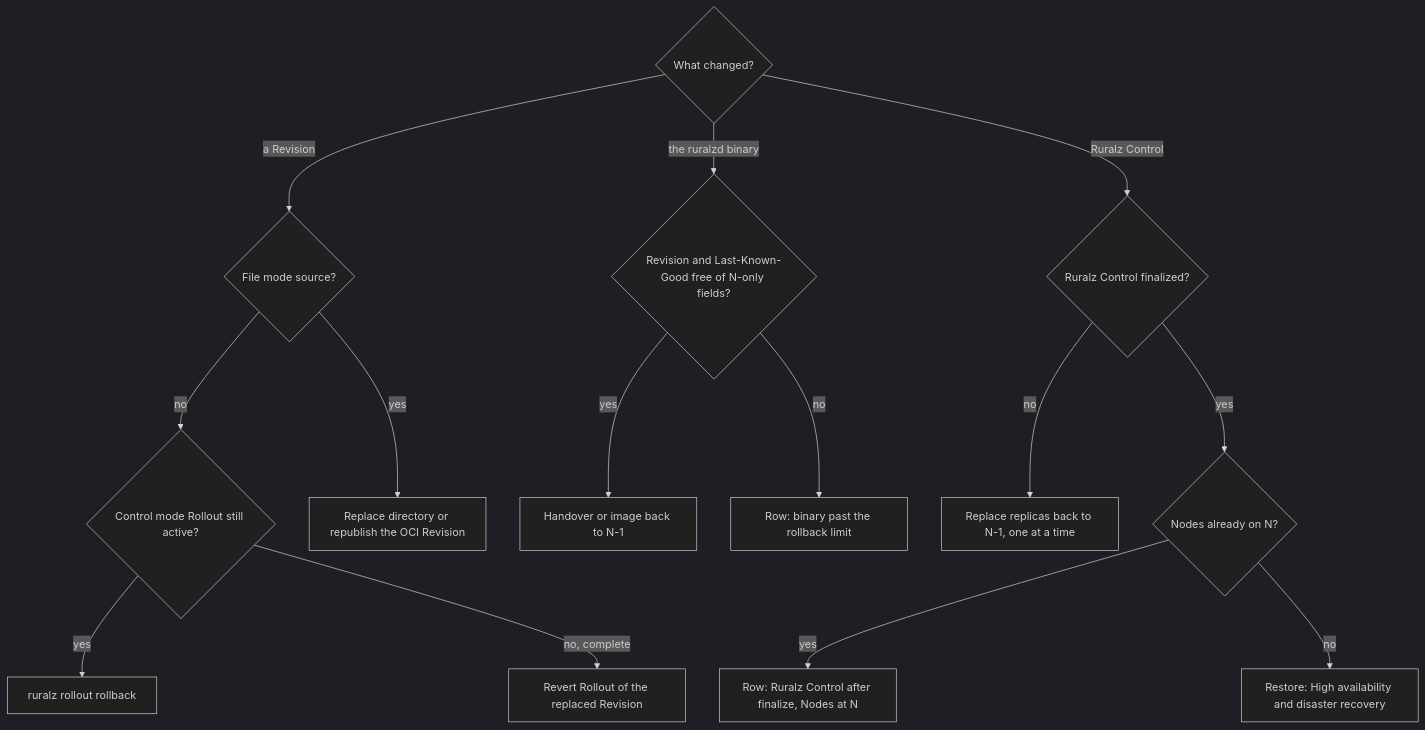
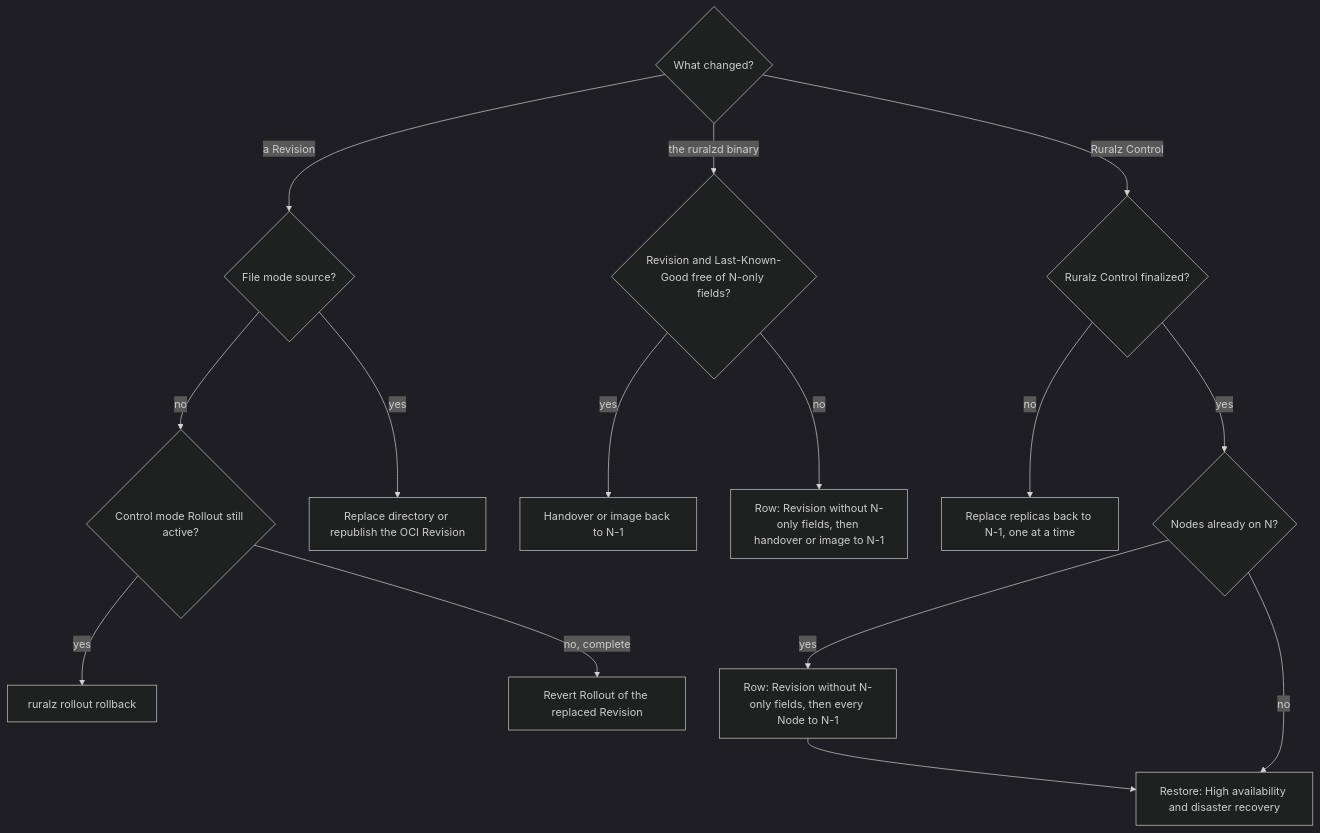
The fourth of 4 diagrams in docs/operations/02-zero-downtime-upgrades-and-hot-reload.md (ravindu-rev/ruralz), drawn with Mermaid (dark theme) before and after one commit. The commit also changed other lines of this file and 7 other files, not shown here.

````diff
--- a/docs/operations/02-zero-downtime-upgrades-and-hot-reload.md
+++ b/docs/operations/02-zero-downtime-upgrades-and-hot-reload.md
@@ -374,30 +378,31 @@
 ```mermaid
 flowchart TD
     q1{"What changed?"}
     q2{"Control mode Rollout still active?"}
     q3{"File mode source?"}
     q4{"Revision and Last-Known-Good free of N-only fields?"}
     q5{"Ruralz Control finalized?"}
     q6{"Nodes already on N?"}
     r1["ruralz rollout rollback"]
     r2["Revert Rollout of the replaced Revision"]
     r3["Replace directory or republish the OCI Revision"]
     r4["Handover or image back to N-1"]
-    r5["Row: binary past the rollback limit"]
+    r5["Row: Revision without N-only fields, then handover or image to N-1"]
     r6["Replace replicas back to N-1, one at a time"]
-    r8["Row: Ruralz Control after finalize, Nodes at N"]
+    r8["Row: Revision without N-only fields, then every Node to N-1"]
     r7["Restore: High availability and disaster recovery"]
     q1 -- "a Revision" --> q3
     q3 -- "no" --> q2
     q3 -- "yes" --> r3
     q2 -- "yes" --> r1
     q2 -- "no, complete" --> r2
     q1 -- "the ruralzd binary" --> q4
     q4 -- "yes" --> r4
     q4 -- "no" --> r5
     q1 -- "Ruralz Control" --> q5
     q5 -- "no" --> r6
     q5 -- "yes" --> q6
     q6 -- "yes" --> r8
+    r8 --> r7
     q6 -- "no" --> r7
 ```
````
